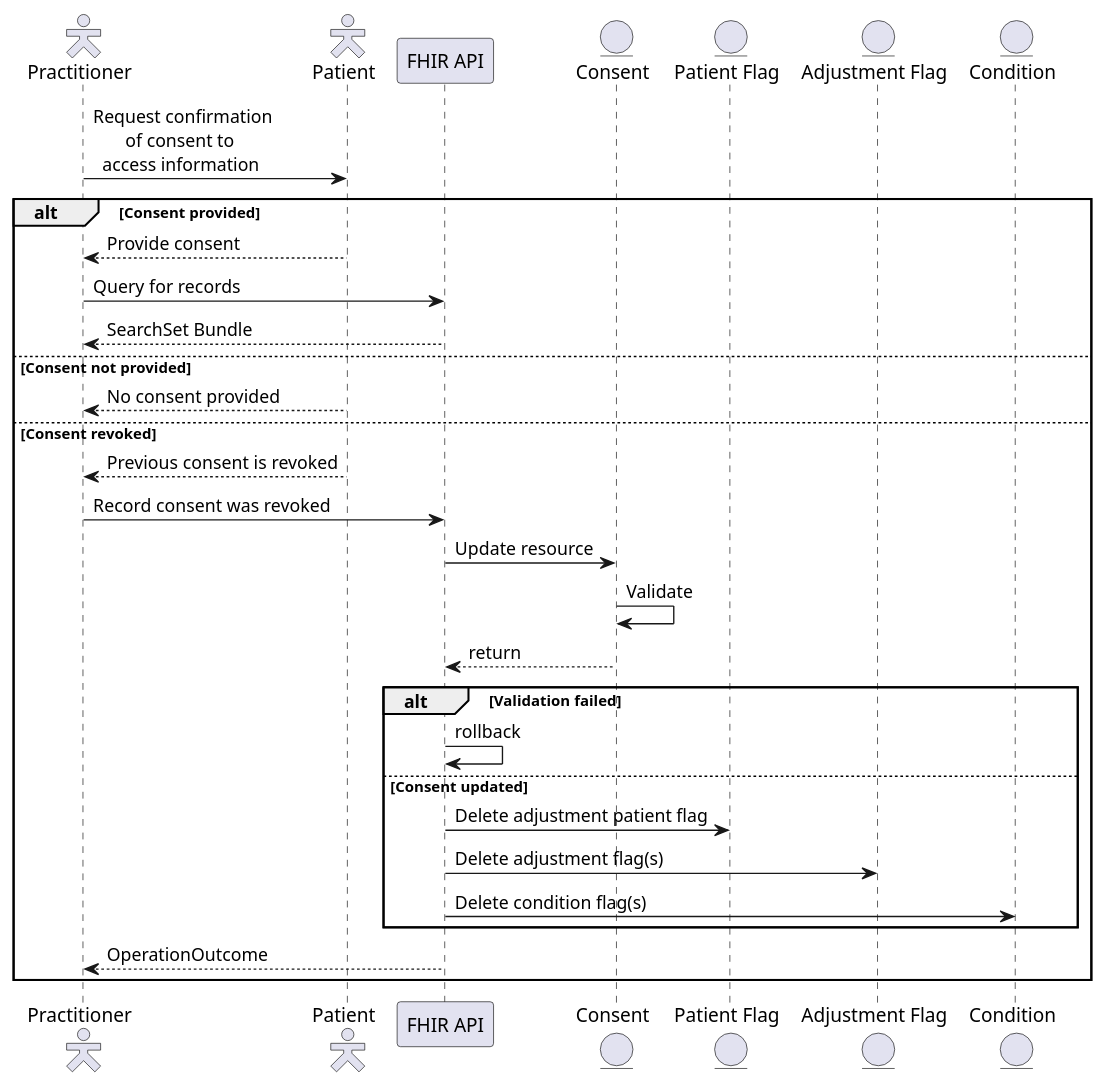
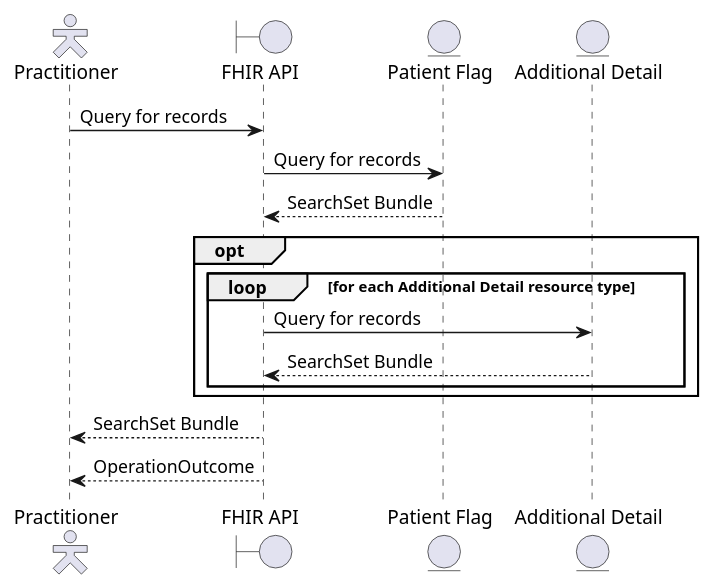
One commit to NHSDigital/ra-sandbox changed the diagram in input/images-source/retrieve-pf-record-sequence.plantuml. Above: the diagram before and after it, drawn with PlantUML. The commit also changed 2 other files, not shown here.

Commit message:
retrieve pf record diags

```diff
--- a/input/images-source/retrieve-pf-record-sequence.plantuml
+++ b/input/images-source/retrieve-pf-record-sequence.plantuml
@@ -1,39 +1,22 @@
 @startuml
 
 skinparam actorStyle hollow
 
 actor        "Practitioner"     as pra
-actor        "Patient"          as pat
-participant  "FHIR API"         as api
-entity       "Consent"          as con
+boundary  "FHIR API"         as api
 entity       "Patient Flag"     as pfg
-entity       "Adjustment Flag"  as adj
-entity       "Condition"        as cod
+entity       "Additional Detail"  as add
 
-pra ->  pat : Request confirmation\n       of consent to\n  access information
-
-alt Consent provided
-  pra <-- pat : Provide consent
-
-  pra ->  api : Query for records
-  pra <-- api : SearchSet Bundle
-else Consent not provided
-  pra <-- pat : No consent provided
-else Consent revoked
-  pra <-- pat : Previous consent is revoked
-
-  pra ->  api : Record consent was revoked
-  api ->  con : Update resource
-  con ->  con : Validate
-  api <-- con : return
-  alt Validation failed
-    api -> api : rollback
-  else Consent updated
-    api ->  pfg : Delete adjustment patient flag
-    api ->  adj : Delete adjustment flag(s)
-    api ->  cod : Delete condition flag(s)
+pra ->  api : Query for records
+api ->  pfg : Query for records
+api <-- pfg : SearchSet Bundle
+opt
+  loop for each Additional Detail resource type
+  api ->  add : Query for records
+  api <-- add : SearchSet Bundle
   end
-  pra <-- api : OperationOutcome
 end
+pra <-- api : SearchSet Bundle
+pra <-- api : OperationOutcome
 
 @enduml
```
